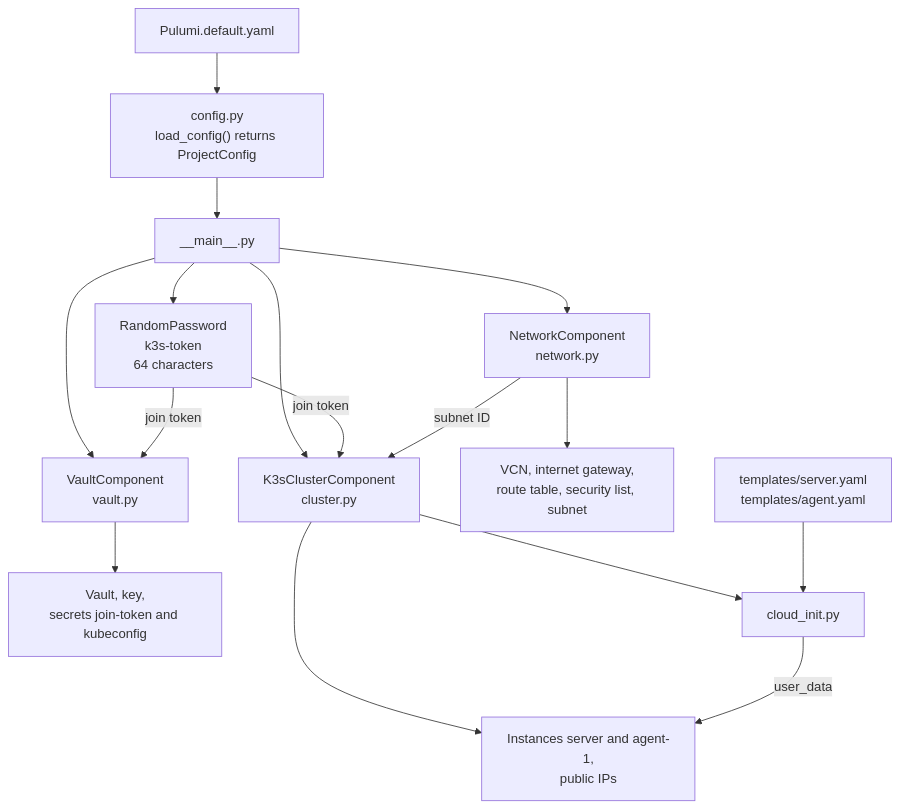
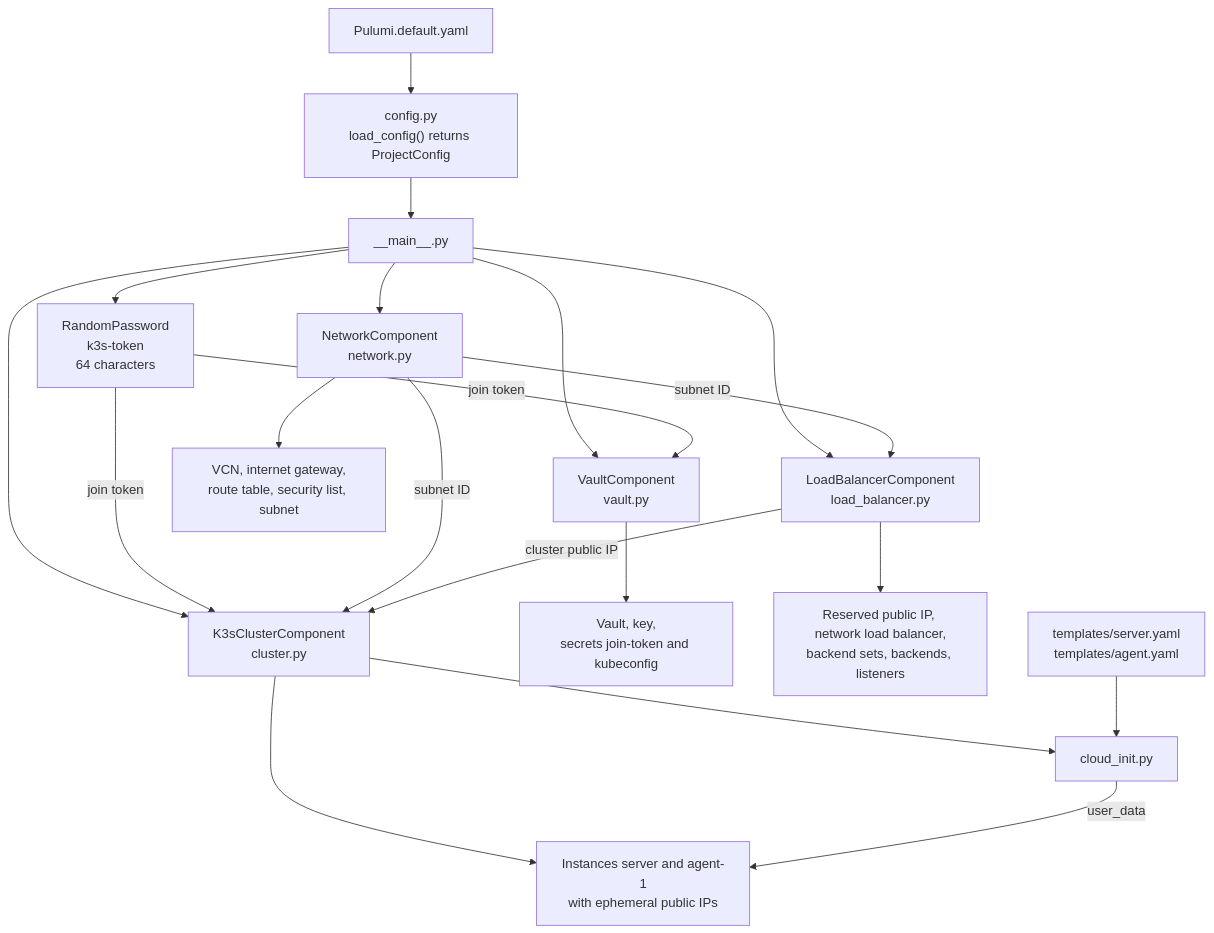
Before and after one commit to DeV1L/oracle-cloud-k3s: the diagram in docs/PULUMI.md, drawn with Mermaid. The commit also changed other lines of this file and 12 other files, not shown here.

Commit message:
Add network load balancer

````diff
--- a/docs/PULUMI.md
+++ b/docs/PULUMI.md
@@ -9,22 +9,26 @@
 ```mermaid
 flowchart TB
     yaml["Pulumi.default.yaml"] --> config["config.py<br/>load_config() returns ProjectConfig"]
     config --> main["__main__.py"]
 
     main --> token["RandomPassword<br/>k3s-token<br/>64 characters"]
     main --> network["NetworkComponent<br/>network.py"]
     main --> vaultc["VaultComponent<br/>vault.py"]
+    main --> lb["LoadBalancerComponent<br/>load_balancer.py"]
     main --> cluster["K3sClusterComponent<br/>cluster.py"]
 
     network --> netres["VCN, internet gateway,<br/>route table, security list, subnet"]
     vaultc --> vaultres["Vault, key,<br/>secrets join-token and kubeconfig"]
-    cluster --> clusterres["Instances server and agent-1,<br/>public IPs"]
+    lb --> lbres["Reserved public IP, network load balancer,<br/>backend sets, backends, listeners"]
+    cluster --> clusterres["Instances server and agent-1<br/>with ephemeral public IPs"]
 
     token -- "join token" --> vaultc
     token -- "join token" --> cluster
+    network -- "subnet ID" --> lb
     network -- "subnet ID" --> cluster
+    lb -- "cluster public IP" --> cluster
 
     cluster --> cloudinit["cloud_init.py"]
     templates["templates/server.yaml<br/>templates/agent.yaml"] --> cloudinit
     cloudinit -- "user_data" --> clusterres
 ```
````
